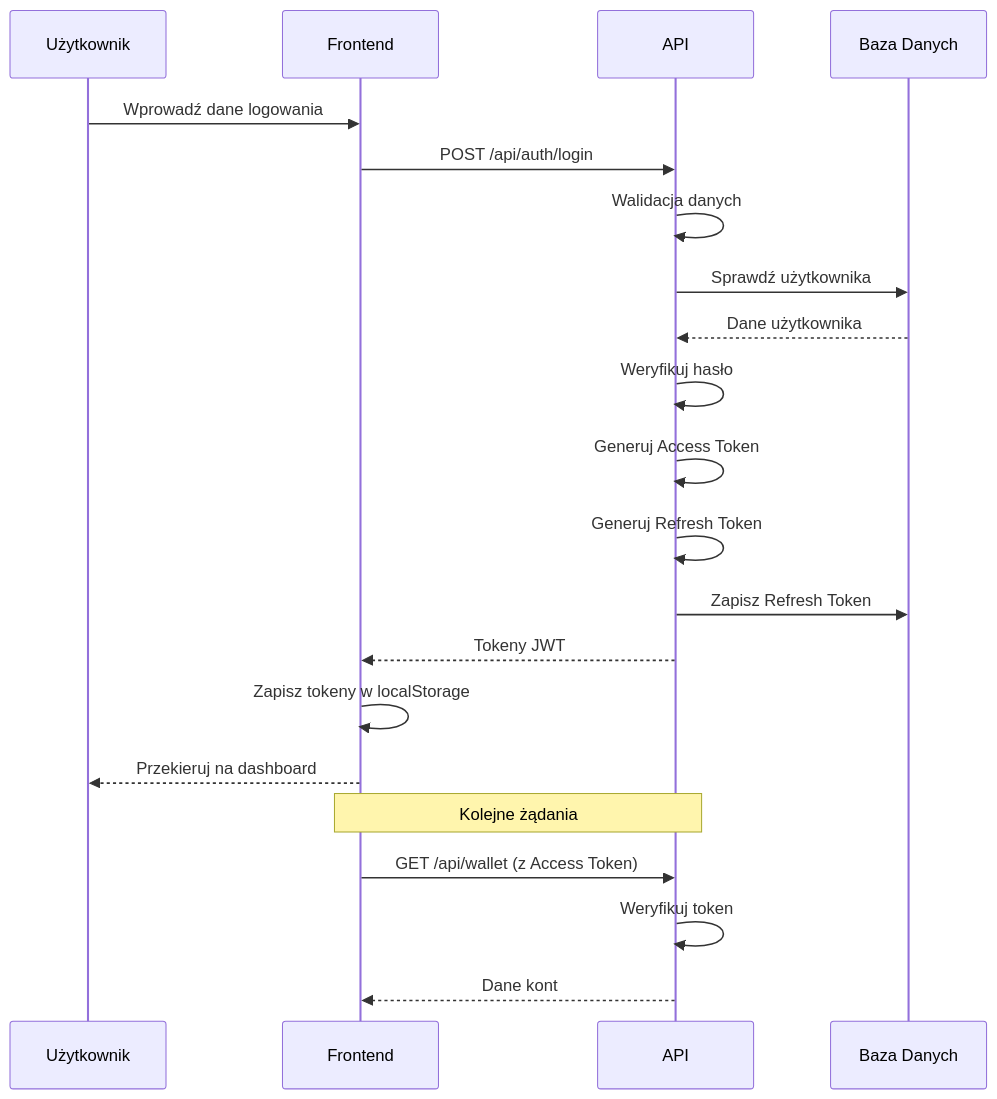
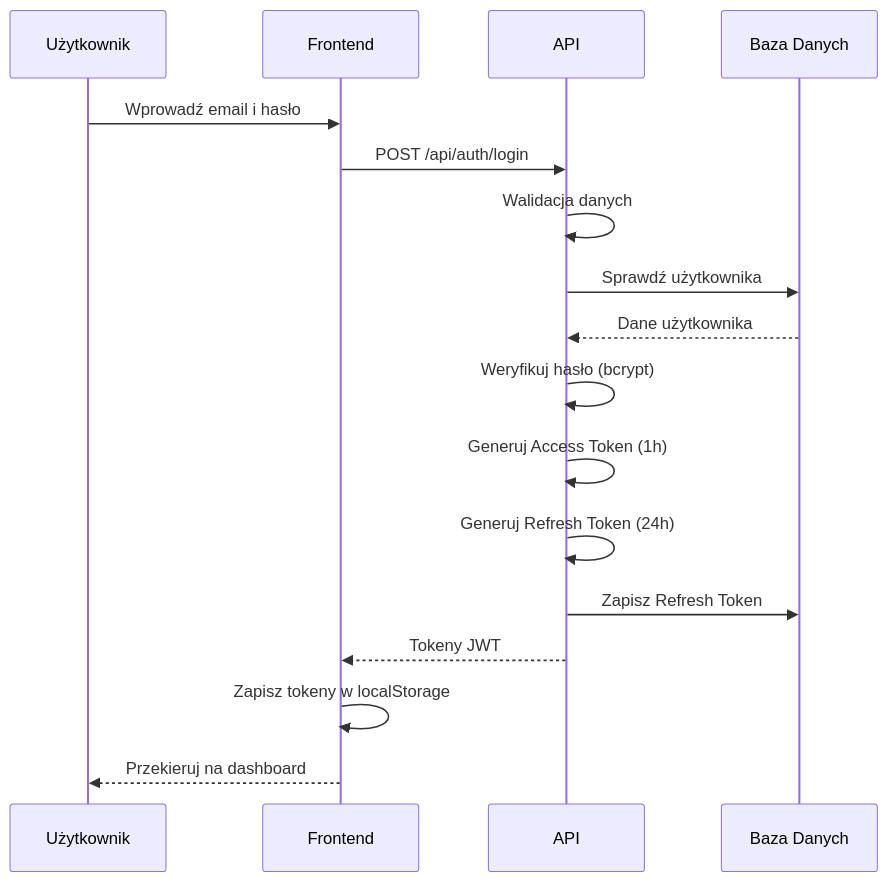
The seventh of 20 diagrams in docs/diagramy.md (WisMaja/MyMoney), drawn with Mermaid before and after one commit. The commit also changed other lines of this file and 10 other files, not shown here.

````diff
--- a/docs/diagramy.md
+++ b/docs/diagramy.md
@@ -211,27 +173,22 @@
 ```mermaid
 sequenceDiagram
     participant U as Użytkownik
     participant F as Frontend
     participant A as API
     participant DB as Baza Danych
     
-    U->>F: Wprowadź dane logowania
+    U->>F: Wprowadź email i hasło
     F->>A: POST /api/auth/login
     A->>A: Walidacja danych
     A->>DB: Sprawdź użytkownika
     DB-->>A: Dane użytkownika
     
-    A->>A: Weryfikuj hasło
-    A->>A: Generuj Access Token
-    A->>A: Generuj Refresh Token
+    A->>A: Weryfikuj hasło (bcrypt)
+    A->>A: Generuj Access Token (1h)
+    A->>A: Generuj Refresh Token (24h)
     A->>DB: Zapisz Refresh Token
     
     A-->>F: Tokeny JWT
     F->>F: Zapisz tokeny w localStorage
     F-->>U: Przekieruj na dashboard
-    
-    Note over F,A: Kolejne żądania
-    F->>A: GET /api/wallet (z Access Token)
-    A->>A: Weryfikuj token
-    A-->>F: Dane kont
 ```
````
